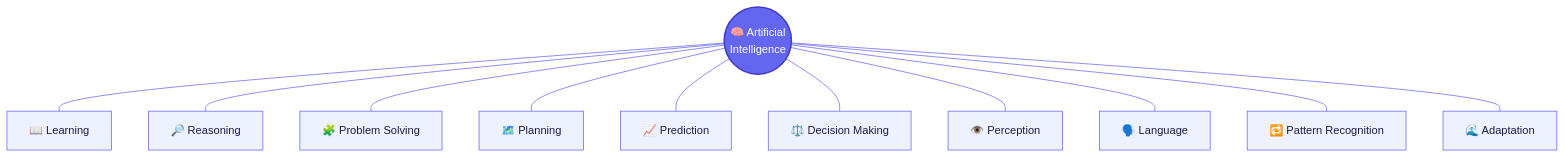
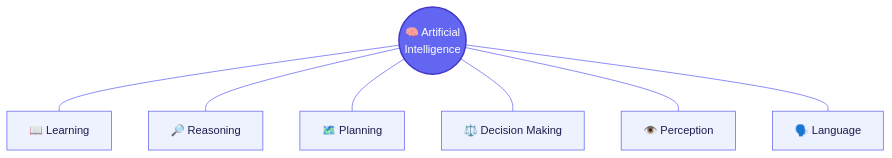
One commit to maliksiddiq/learning-agentic-ai changed the first of 5 diagrams in Agentic Ai Learning/00 Introduction of Ai/readme.md. Above: the diagram before and after it, drawn with Mermaid. The commit also changed other lines of this file and 2 other files, not shown here.

````diff
--- a/Agentic Ai Learning/00 Introduction of Ai/readme.md
+++ b/Agentic Ai Learning/00 Introduction of Ai/readme.md
@@ -77,20 +50,16 @@
 ```mermaid
 %%{init: {'theme':'base', 'themeVariables': {'primaryColor':'#eef2ff','primaryBorderColor':'#6366f1','lineColor':'#6366f1','fontSize':'15px'}}}%%
 graph TD
     AI((🧠 Artificial<br/>Intelligence))
     AI --- L[📖 Learning]
     AI --- R[🔎 Reasoning]
-    AI --- P[🧩 Problem Solving]
     AI --- PL[🗺️ Planning]
-    AI --- PR[📈 Prediction]
     AI --- D[⚖️ Decision Making]
     AI --- PE[👁️ Perception]
     AI --- LA[🗣️ Language]
-    AI --- PA[🔁 Pattern Recognition]
-    AI --- AD[🌊 Adaptation]
 
     classDef core fill:#6366f1,color:#fff,stroke:#4338ca,stroke-width:2px;
     classDef leaf fill:#eef2ff,color:#1e1b4b,stroke:#6366f1,stroke-width:1px;
     class AI core;
-    class L,R,P,PL,PR,D,PE,LA,PA,AD leaf;
+    class L,R,PL,D,PE,LA leaf;
 ```
````
